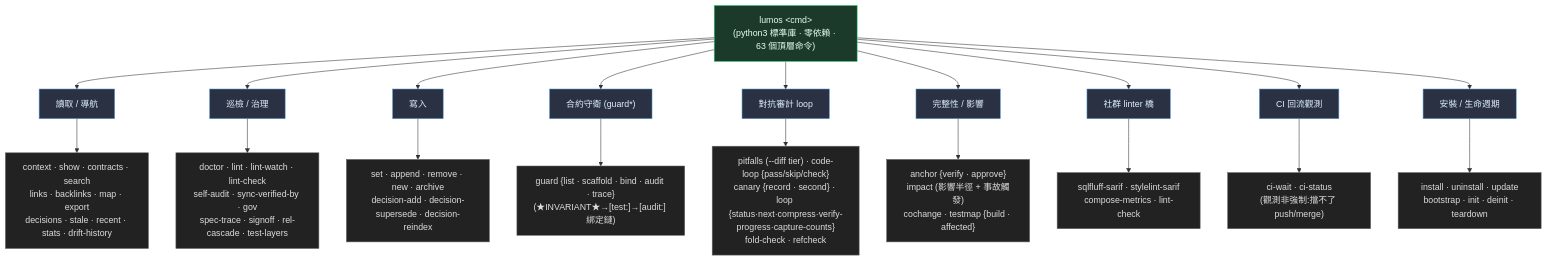
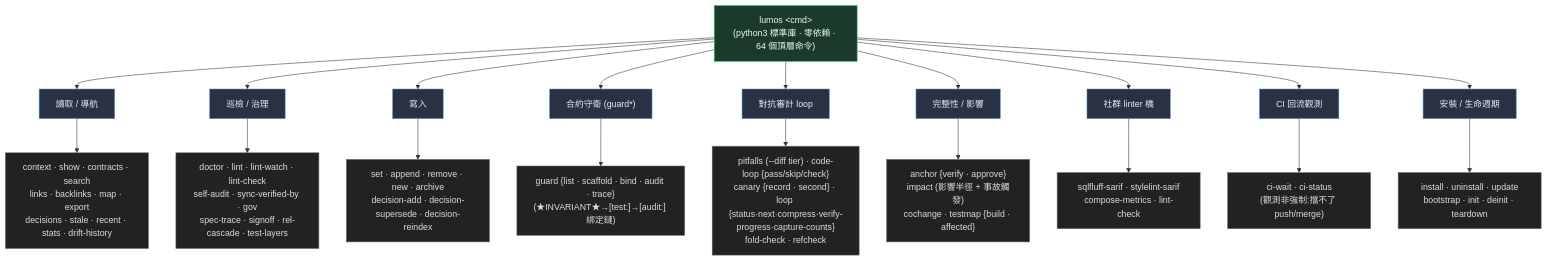
One commit to EnzoHsieh-Android/Lumos changed the third of 4 diagrams in ARCHITECTURE.md. Above: the diagram before and after it, drawn with Mermaid. The commit also changed other lines of this file and 11 other files, not shown here.

````diff
--- a/ARCHITECTURE.md
+++ b/ARCHITECTURE.md
@@ -99,31 +99,31 @@
 ```mermaid
 flowchart TB
-    ROOT["lumos &lt;cmd&gt;<br/>(python3 標準庫 · 零依賴 · 63 個頂層命令)"]
+    ROOT["lumos &lt;cmd&gt;<br/>(python3 標準庫 · 零依賴 · 64 個頂層命令)"]
 
     ROOT --> READ["讀取 / 導航"]
     ROOT --> HEALTH["巡檢 / 治理"]
     ROOT --> WRITE["寫入"]
     ROOT --> GUARD["合約守衛 (guard*)"]
     ROOT --> LOOP["對抗審計 loop"]
     ROOT --> INTEG["完整性 / 影響"]
     ROOT --> SARIF["社群 linter 橋"]
     ROOT --> CI["CI 回流觀測"]
     ROOT --> LIFE["安裝 / 生命週期"]
 
     READ --> R["context · show · contracts · search<br/>links · backlinks · map · export<br/>decisions · stale · recent · stats · drift-history"]
     HEALTH --> H["doctor · lint · lint-watch · lint-check<br/>self-audit · sync-verified-by · gov<br/>spec-trace · signoff · rel-cascade · test-layers"]
     CI --> C["ci-wait · ci-status<br/>(觀測非強制:擋不了 push/merge)"]
     WRITE --> W["set · append · remove · new · archive<br/>decision-add · decision-supersede · decision-reindex"]
     GUARD --> G["guard {list · scaffold · bind · audit · trace}<br/>(★INVARIANT★→[test:]→[audit:] 綁定鏈)"]
     LOOP --> LP["pitfalls (--diff tier) · code-loop {pass/skip/check}<br/>canary {record · second} · loop {status·next·compress·verify-progress·capture-counts}<br/>fold-check · refcheck"]
     INTEG --> I["anchor {verify · approve}<br/>impact (影響半徑 + 事故觸發)<br/>cochange · testmap {build · affected}"]
     SARIF --> ST["sqlfluff-sarif · stylelint-sarif<br/>compose-metrics · lint-check"]
     LIFE --> L["install · uninstall · update<br/>bootstrap · init · deinit · teardown"]
 
     classDef root fill:#1b3a2a,stroke:#3ddc84,color:#e8fff0
     classDef cat fill:#2a3142,stroke:#5a9bd6,color:#e0f0ff
     classDef leaf fill:#222,stroke:#666,color:#ddd
     class ROOT root
     class READ,HEALTH,WRITE,GUARD,LOOP,INTEG,SARIF,CI,LIFE cat
     class R,H,W,G,LP,I,ST,C,L leaf
 ```
````
